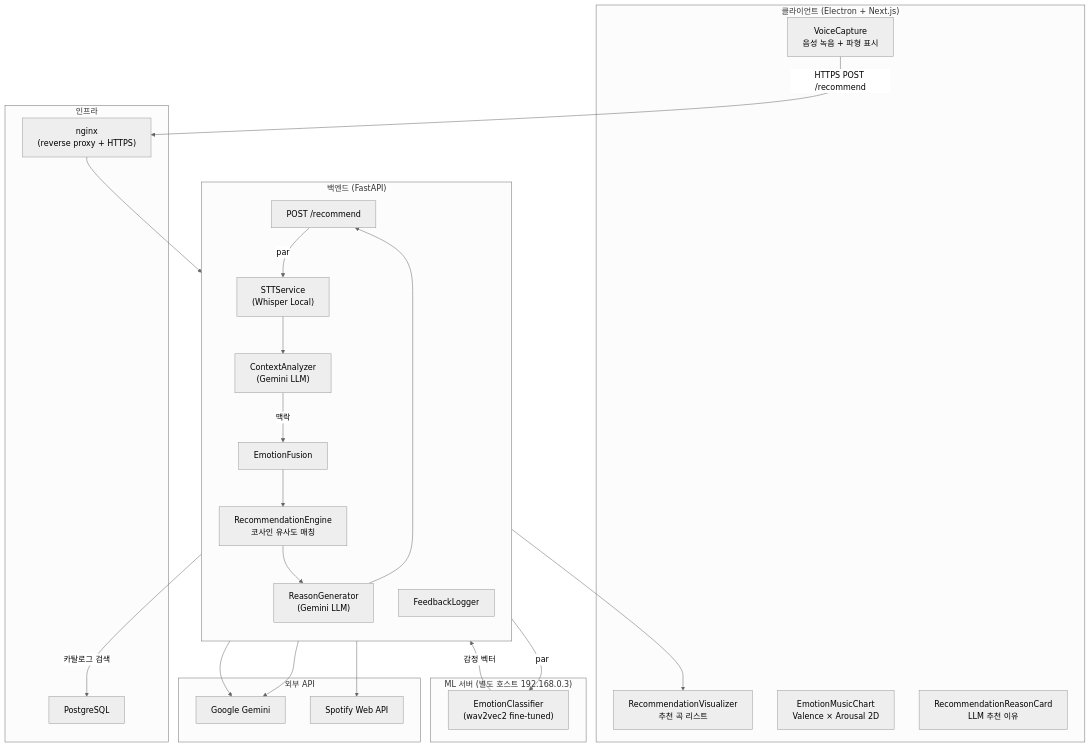
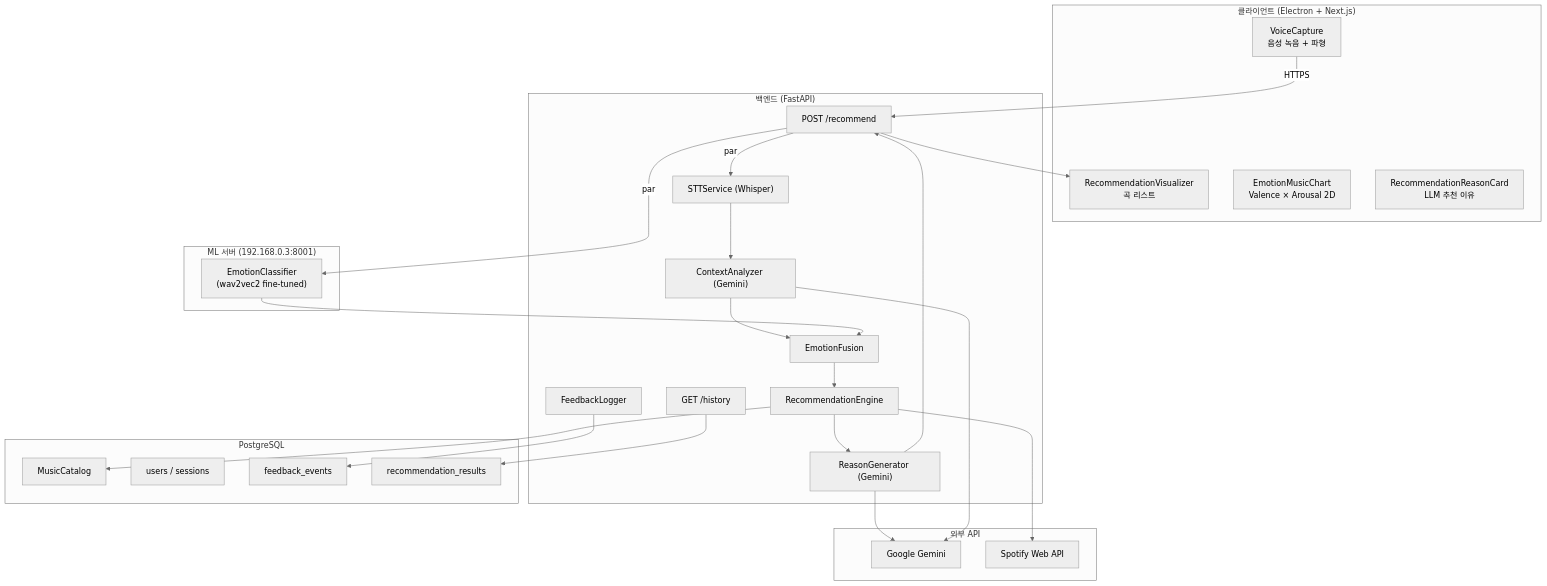
Before and after one commit to woohyun212/SE-final-project: the first of 5 diagrams in docs/final-report.md, drawn with Mermaid (neutral theme). The commit also changed other lines of this file, not shown here.

````diff
--- a/docs/final-report.md
+++ b/docs/final-report.md
@@ -48,50 +263,49 @@
 ```mermaid
 flowchart TB
   subgraph Client["클라이언트 (Electron + Next.js)"]
-    VC["VoiceCapture\n음성 녹음 + 파형 표시"]
-    RV["RecommendationVisualizer\n추천 곡 리스트"]
+    VC["VoiceCapture\n음성 녹음 + 파형"]
+    RV["RecommendationVisualizer\n곡 리스트"]
     EMC["EmotionMusicChart\nValence × Arousal 2D"]
     RRC["RecommendationReasonCard\nLLM 추천 이유"]
   end
 
   subgraph Backend["백엔드 (FastAPI)"]
-    direction TB
     API["POST /recommend"]
-    STT["STTService\n(Whisper Local)"]
-    CA["ContextAnalyzer\n(Gemini LLM)"]
+    STT["STTService (Whisper)"]
+    CA["ContextAnalyzer (Gemini)"]
     EF["EmotionFusion"]
-    RE["RecommendationEngine\n코사인 유사도 매칭"]
-    RG["ReasonGenerator\n(Gemini LLM)"]
+    RE["RecommendationEngine"]
+    RG["ReasonGenerator (Gemini)"]
     FL["FeedbackLogger"]
+    HS["GET /history"]
   end
 
-  subgraph ML["ML 서버 (별도 호스트 192.168.0.3)"]
+  subgraph ML["ML 서버 (192.168.0.3:8001)"]
     EC["EmotionClassifier\n(wav2vec2 fine-tuned)"]
   end
 
-  subgraph Infra["인프라"]
-    nginx["nginx\n(reverse proxy + HTTPS)"]
-    PG["PostgreSQL"]
+  subgraph DB["PostgreSQL"]
+    MC["MusicCatalog"]
+    UT["users / sessions"]
+    FB["feedback_events"]
+    HR["recommendation_results"]
   end
 
   subgraph External["외부 API"]
     Gemini["Google Gemini"]
     Spotify["Spotify Web API"]
   end
 
-  VC -->|"HTTPS POST /recommend"| nginx
-  nginx --> API
-  API -->|"par"| STT
-  API -->|"par"| EC
-  STT --> CA
-  CA -->|"맥락"| EF
-  EC -->|"감정 벡터"| EF
-  EF --> RE
-  RE --> RG
-  RE -->|"카탈로그 검색"| PG
-  RG --> API
+  VC -->|"HTTPS"| API
+  API -->|"par"| STT & EC
+  STT --> CA --> EF
+  EC --> EF
+  EF --> RE --> RG --> API
+  RE --> MC
+  RG --> Gemini
+  CA --> Gemini
+  RE --> Spotify
+  FL --> FB
+  HS --> HR
   API --> RV
-  CA --> Gemini
-  RG --> Gemini
-  RE --> Spotify
 ```
````
